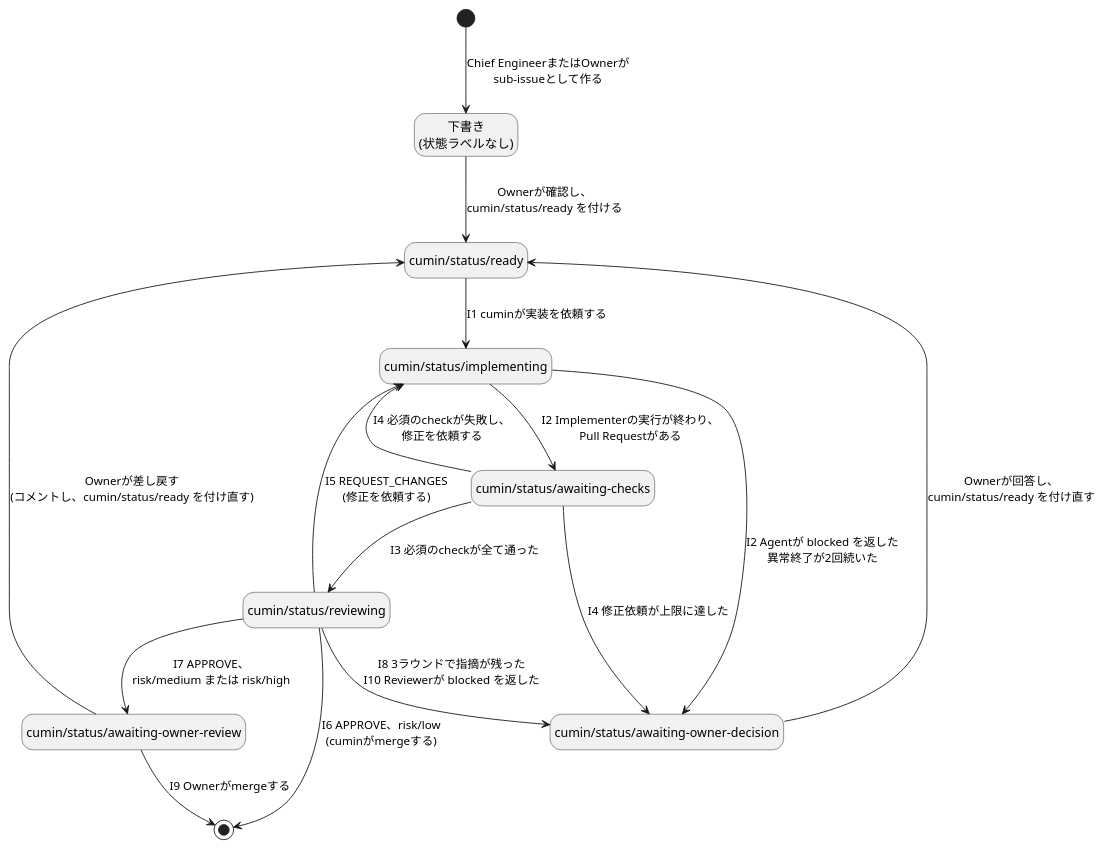
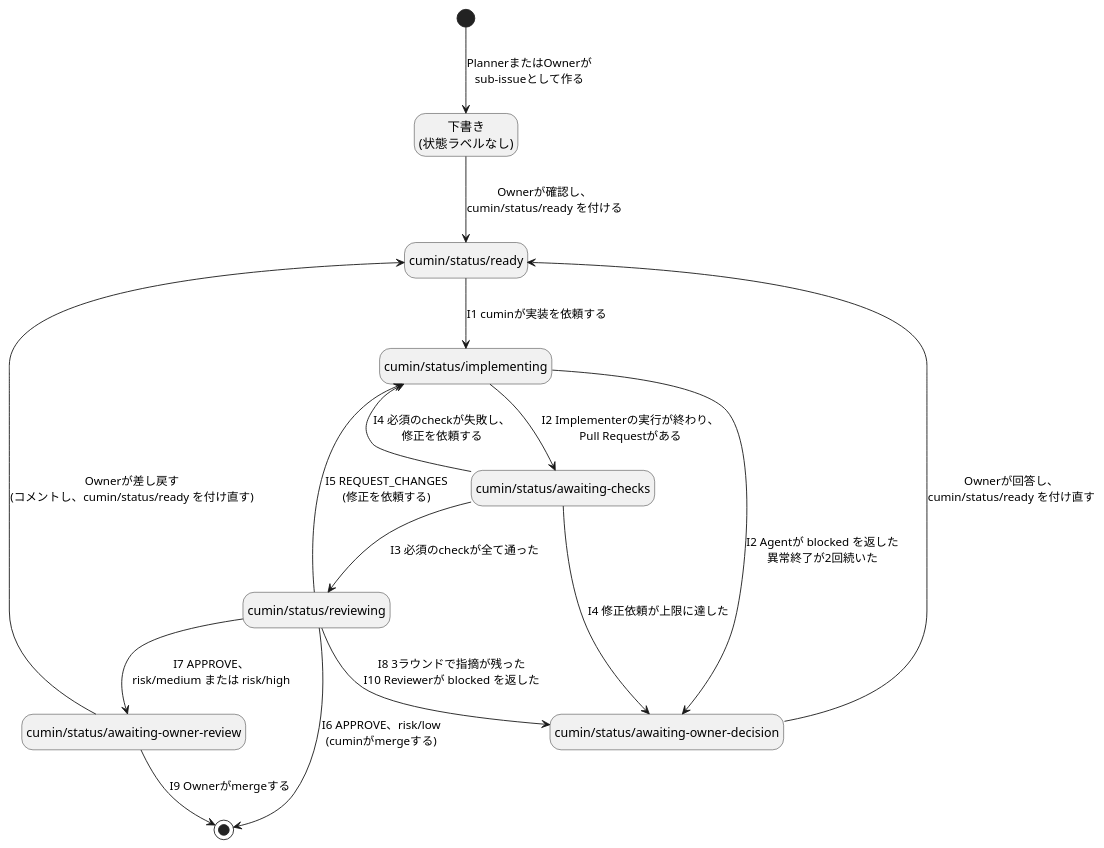
One commit to cloveclovedev/cumin-works changed the diagram in docs/ja/requirements/workflow/implementation-issue-states.puml. Above: the diagram before and after it, drawn with PlantUML. The commit also changed 50 other files, not shown here.

```diff
--- a/docs/ja/requirements/workflow/implementation-issue-states.puml
+++ b/docs/ja/requirements/workflow/implementation-issue-states.puml
@@ -1,32 +1,32 @@
 @startuml implementation-issue-states
 ' cumin works v2 - 実装Issueの状態遷移
 ' 状態はGitHubのラベルで表す。遷移の番号 (I1など) は issue-states.md の表に対応する。
 ' SVGの書き出し: リポジトリの直下で scripts/render-diagrams.sh を実行する。
 
 hide empty description
 
 state "下書き\n(状態ラベルなし)" as Draft
 state "cumin/status/ready" as Ready
 state "cumin/status/implementing" as Implementing
 state "cumin/status/awaiting-checks" as Checks
 state "cumin/status/reviewing" as Reviewing
 state "cumin/status/awaiting-owner-review" as OwnerReview
 state "cumin/status/awaiting-owner-decision" as Decision
 
-[*] --> Draft : Chief EngineerまたはOwnerが\nsub-issueとして作る
+[*] --> Draft : PlannerまたはOwnerが\nsub-issueとして作る
 Draft --> Ready : Ownerが確認し、\ncumin/status/ready を付ける
 Ready --> Implementing : I1 cuminが実装を依頼する
 Implementing --> Checks : I2 Implementerの実行が終わり、\nPull Requestがある
 Checks --> Implementing : I4 必須のcheckが失敗し、\n修正を依頼する
 Checks --> Reviewing : I3 必須のcheckが全て通った
 Reviewing --> Implementing : I5 REQUEST_CHANGES\n(修正を依頼する)
 Reviewing --> [*] : I6 APPROVE、risk/low\n(cuminがmergeする)
 Reviewing --> OwnerReview : I7 APPROVE、\nrisk/medium または risk/high
 Reviewing --> Decision : I8 3ラウンドで指摘が残った\nI10 Reviewerが blocked を返した
 Implementing --> Decision : I2 Agentが blocked を返した\n異常終了が2回続いた
 Checks --> Decision : I4 修正依頼が上限に達した
 OwnerReview --> [*] : I9 Ownerがmergeする
 OwnerReview --> Ready : Ownerが差し戻す\n(コメントし、cumin/status/ready を付け直す)
 Decision --> Ready : Ownerが回答し、\ncumin/status/ready を付け直す
 
 @enduml
```
